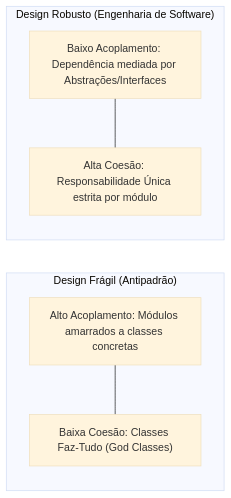
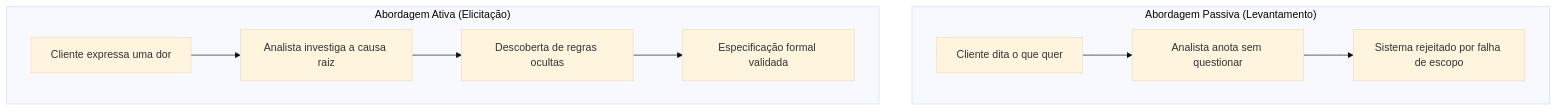
One commit to murilolol/unifef changed the fifth of 30 diagrams in 4º Semestre/[Prof. Wesley Soares] Engenharia de Software II/Resumos-IA/Caderno-Consolidado.md. Above: the diagram before and after it, drawn with Mermaid (base theme). The commit also changed other lines of this file and 58 other files, not shown here.

````diff
--- a/4º Semestre/[Prof. Wesley Soares] Engenharia de Software II/Resumos-IA/Caderno-Consolidado.md
+++ b/4º Semestre/[Prof. Wesley Soares] Engenharia de Software II/Resumos-IA/Caderno-Consolidado.md
@@ -356,16 +247,13 @@
 ```mermaid
-flowchart LR
-  subgraph Antipadrao["Design Frágil (Antipadrão)"]
-    direction TB
-    A1["Alto Acoplamento: Módulos amarrados a classes concretas"]
-    A2["Baixa Coesão: Classes Faz-Tudo (God Classes)"]
-    A1 --- A2
+flowchart TD
+  subgraph Passivo["Abordagem Passiva (Levantamento)"]
+    direction LR
+    P1["Cliente dita o que quer"] --> P2["Analista anota sem questionar"] --> P3["Sistema rejeitado por falha de escopo"]
   end
 
-  subgraph Ideal["Design Robusto (Engenharia de Software)"]
-    direction TB
-    B1["Baixo Acoplamento: Dependência mediada por Abstrações/Interfaces"]
-    B2["Alta Coesão: Responsabilidade Única estrita por módulo"]
-    B1 --- B2
+  subgraph Ativo["Abordagem Ativa (Elicitação)"]
+    direction LR
+    A1["Cliente expressa uma dor"] --> A2["Analista investiga a causa raiz"]
+    A2 --> A3["Descoberta de regras ocultas"] --> A4["Especificação formal validada"]
   end
 ```
````
